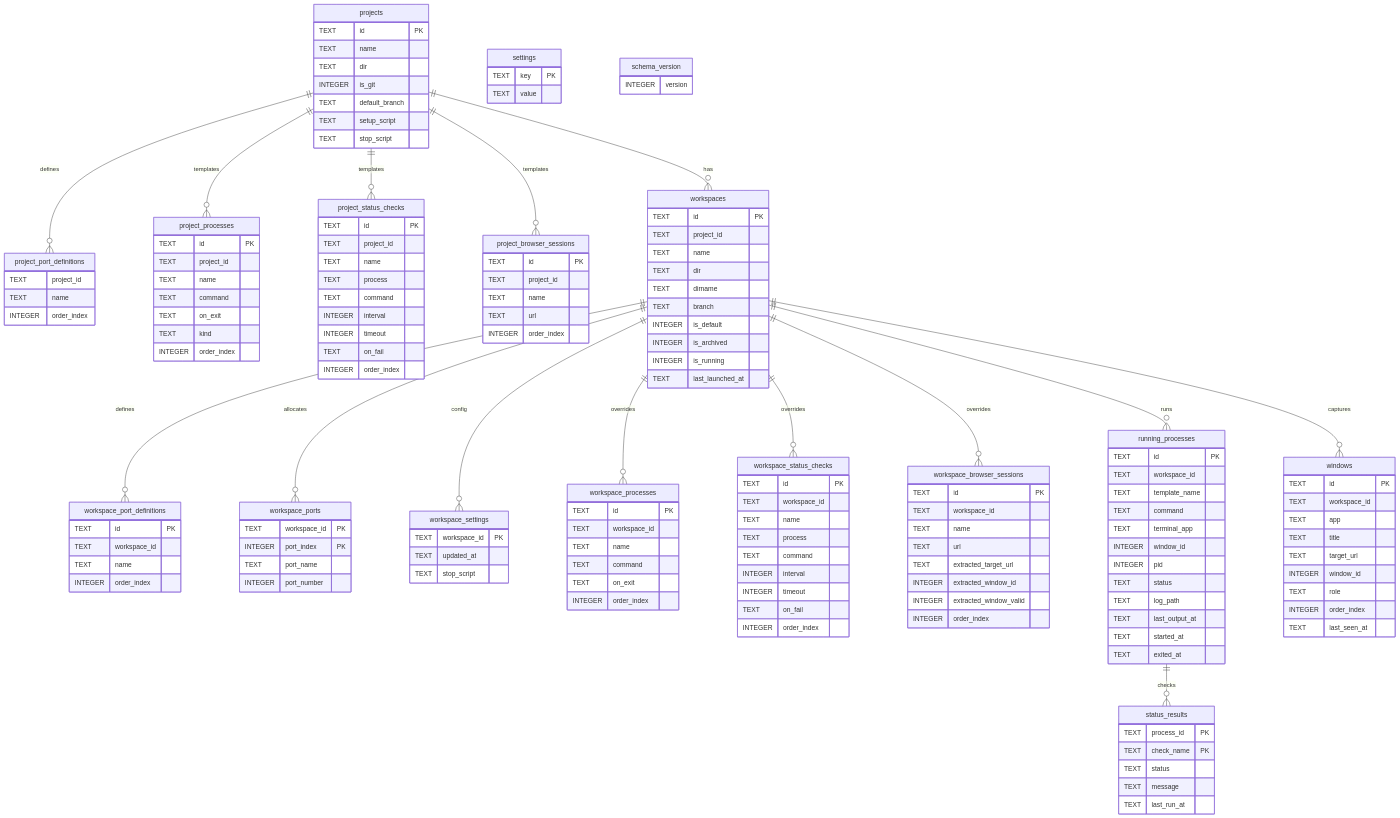
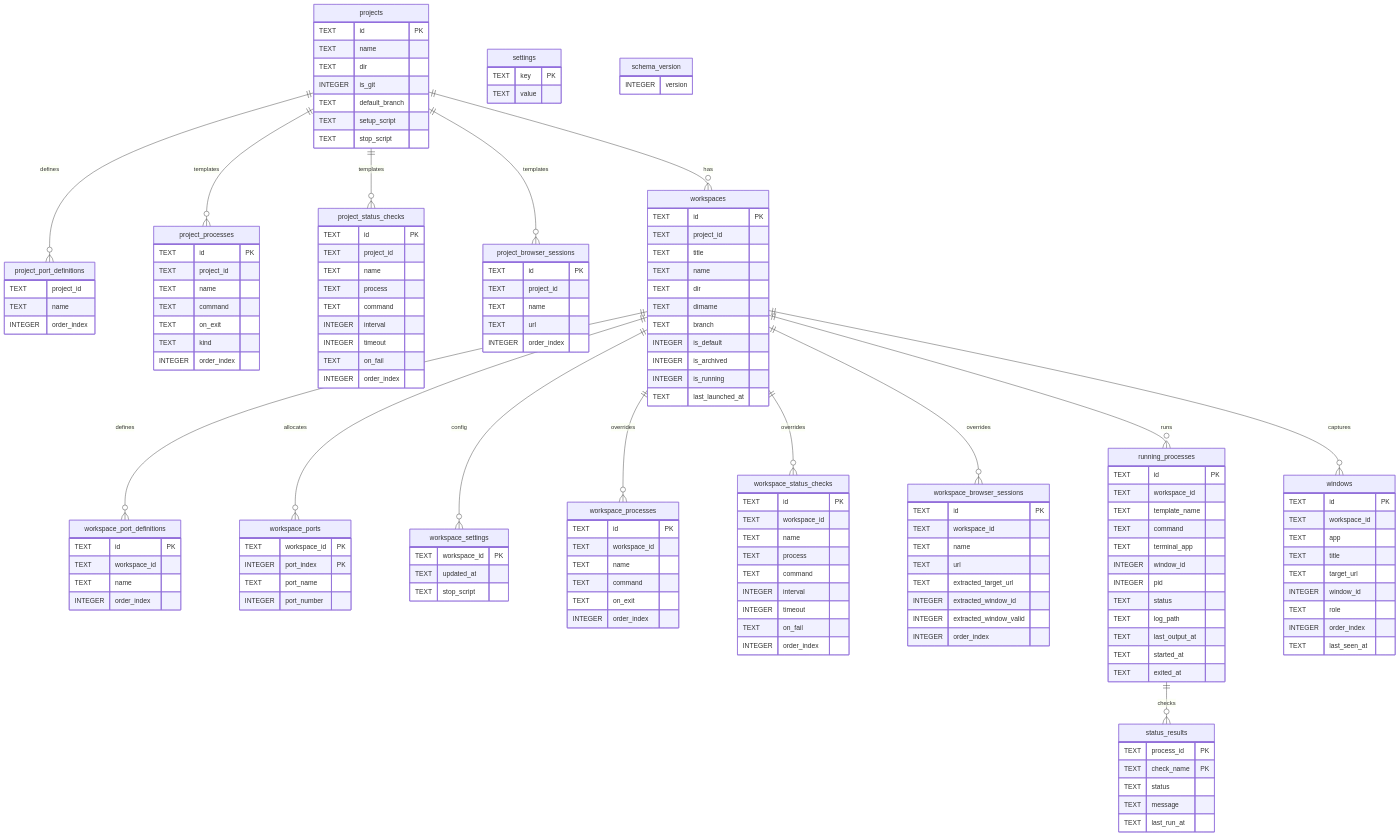
Before and after one commit to yogesh-dhande/spaces: the second of 5 diagrams in apps/macos/docs/architecture.md, drawn with Mermaid. The commit also changed other lines of this file and 6 other files, not shown here.

```diff
--- a/apps/macos/docs/architecture.md
+++ b/apps/macos/docs/architecture.md
@@ -186,6 +186,7 @@
   workspaces {
     TEXT id PK
     TEXT project_id
+    TEXT title
     TEXT name
     TEXT dir
     TEXT dirname
```
